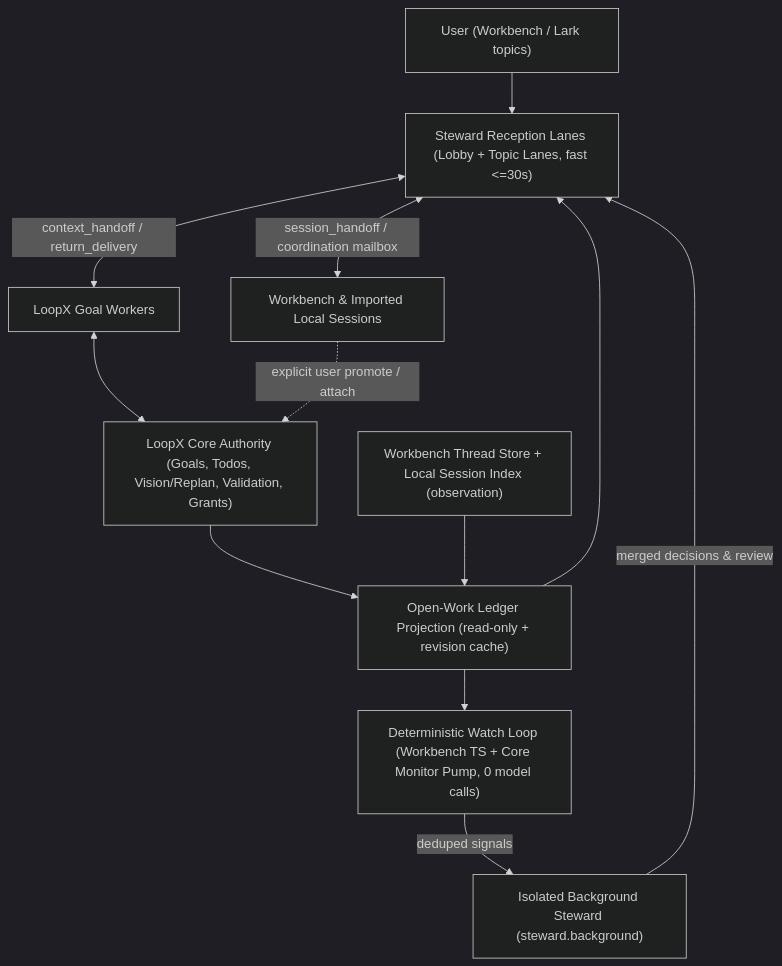
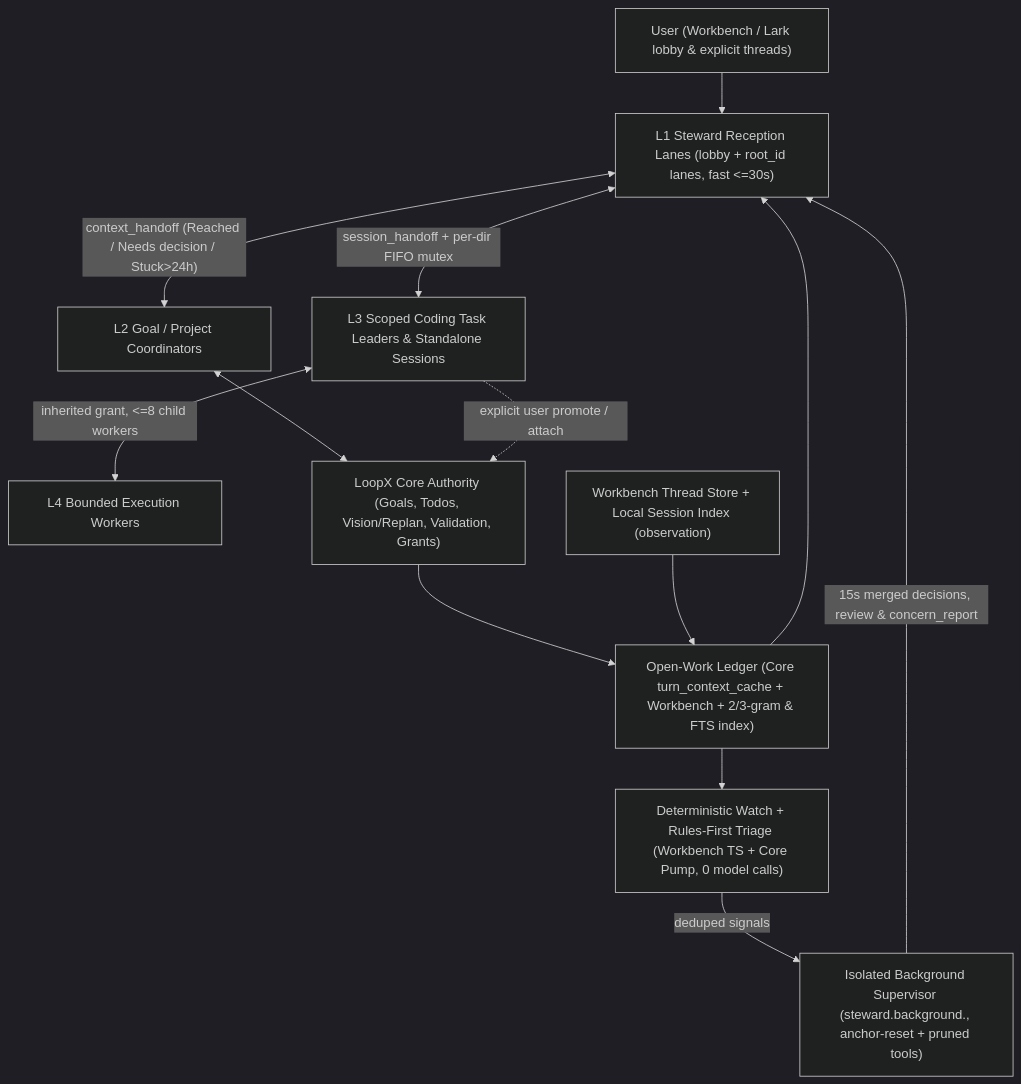
One commit to loopx-project/loopx changed the diagram in docs/architecture/rfcs/steward-unified-entry-v0.md. Above: the diagram before and after it, drawn with Mermaid (dark theme). The commit also changed other lines of this file and 2 other files, not shown here.

````diff
--- a/docs/architecture/rfcs/steward-unified-entry-v0.md
+++ b/docs/architecture/rfcs/steward-unified-entry-v0.md
@@ -111,14 +111,15 @@
 ```mermaid
 flowchart TB
-  U["User (Workbench / Lark topics)"] --> L["Steward Reception Lanes (Lobby + Topic Lanes, fast <=30s)"]
-  L <-->|"context_handoff / return_delivery"| GW["LoopX Goal Workers"]
-  L <-->|"session_handoff / coordination mailbox"| SW["Workbench & Imported Local Sessions"]
-  BG["Isolated Background Steward (steward.background)"] -->|"merged decisions & review"| L
-  WL["Deterministic Watch Loop (Workbench TS + Core Monitor Pump, 0 model calls)"] -->|"deduped signals"| BG
-  LED["Open-Work Ledger Projection (read-only + revision cache)"] --> L
+  U["User (Workbench / Lark lobby & explicit threads)"] --> L["L1 Steward Reception Lanes (lobby + root_id lanes, fast <=30s)"]
+  L <-->|"context_handoff (Reached / Needs decision / Stuck>24h)"| GC["L2 Goal / Project Coordinators"]
+  L <-->|"session_handoff + per-dir FIFO mutex"| TL["L3 Scoped Coding Task Leaders & Standalone Sessions"]
+  TL <-->|"inherited grant, <=8 child workers"| W["L4 Bounded Execution Workers"]
+  BG["Isolated Background Supervisor (steward.background.<binding_id>, anchor-reset + pruned tools)"] -->|"15s merged decisions, review & concern_report"| L
+  WL["Deterministic Watch + Rules-First Triage (Workbench TS + Core Pump, 0 model calls)"] -->|"deduped signals"| BG
+  LED["Open-Work Ledger (Core turn_context_cache + Workbench + 2/3-gram & FTS index)"] --> L
   LED --> WL
   CORE["LoopX Core Authority (Goals, Todos, Vision/Replan, Validation, Grants)"] --> LED
   IDX["Workbench Thread Store + Local Session Index (observation)"] --> LED
-  GW <--> CORE
-  SW -.->|"explicit user promote / attach"| CORE
+  GC <--> CORE
+  TL -.->|"explicit user promote / attach"| CORE
 ```
````
